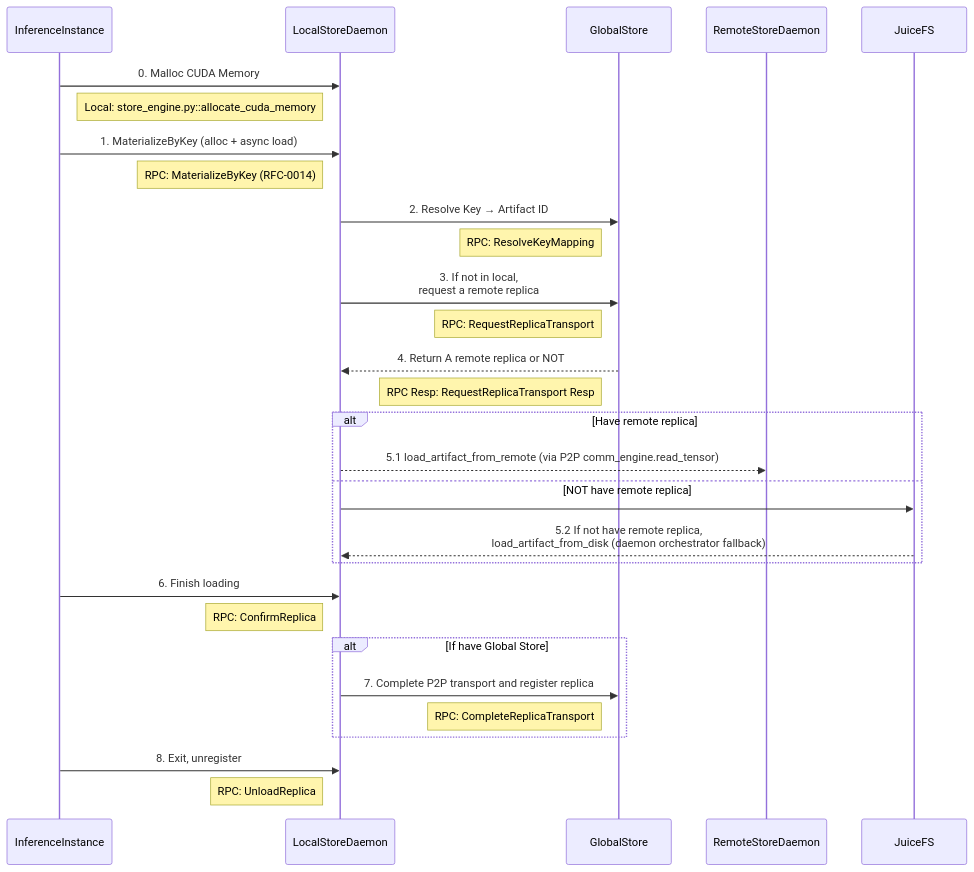
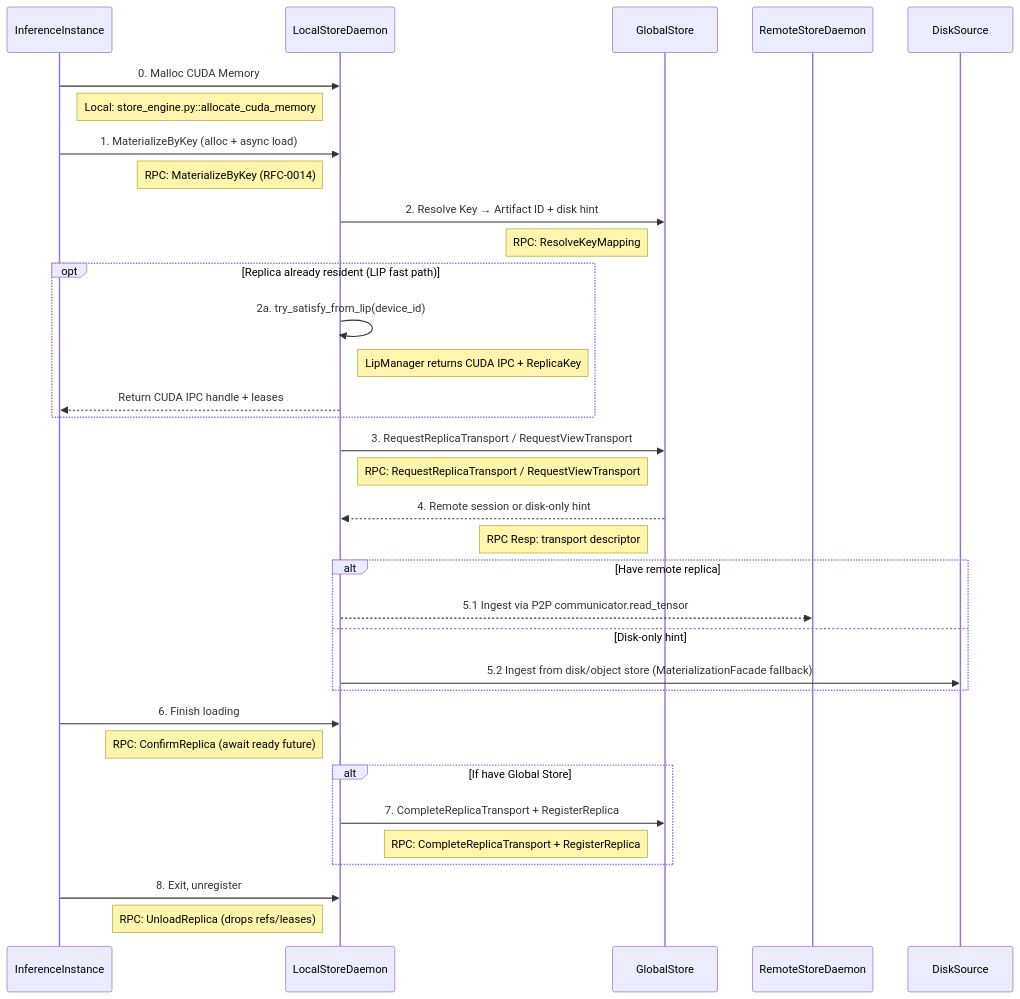
Before and after one commit to tensorcast-ai/tensorcast: the diagram in docs/internals/model-loading.md, drawn with Mermaid. The commit also changed other lines of this file and 85 other files, not shown here.

````diff
--- a/docs/internals/model-loading.md
+++ b/docs/internals/model-loading.md
@@ -36,41 +38,45 @@
 ```mermaid
 sequenceDiagram
     participant InferenceInstance
     participant LocalStoreDaemon
     participant GlobalStore
     participant RemoteStoreDaemon
-    participant JuiceFS
+    participant DiskSource
 
     InferenceInstance->>LocalStoreDaemon: 0. Malloc CUDA Memory
     Note right of InferenceInstance: Local: store_engine.py::allocate_cuda_memory
 
     InferenceInstance->>LocalStoreDaemon: 1. MaterializeByKey (alloc + async load)
     Note left of LocalStoreDaemon: RPC: MaterializeByKey (RFC‑0014)
 
-    LocalStoreDaemon->>GlobalStore: 2. Resolve Key → Artifact ID
+    LocalStoreDaemon->>GlobalStore: 2. Resolve Key → Artifact ID + disk hint
     Note left of GlobalStore: RPC: ResolveKeyMapping
 
-    LocalStoreDaemon->>GlobalStore: 3. If not in local,<br/>request a remote replica
-    Note left of GlobalStore: RPC: RequestReplicaTransport
+    opt Replica already resident (LIP fast path)
+        LocalStoreDaemon->>LocalStoreDaemon: 2a. try_satisfy_from_lip(device_id)
+        Note right of LocalStoreDaemon: LipManager returns CUDA IPC + ReplicaKey
+        LocalStoreDaemon-->>InferenceInstance: Return CUDA IPC handle + leases
+    end
 
-    GlobalStore-->>LocalStoreDaemon: 4. Return A remote replica or NOT
-    Note left of GlobalStore: RPC Resp: RequestReplicaTransport Resp
+    LocalStoreDaemon->>GlobalStore: 3. RequestReplicaTransport / RequestViewTransport
+    Note left of GlobalStore: RPC: RequestReplicaTransport / RequestViewTransport
+    GlobalStore-->>LocalStoreDaemon: 4. Remote session or disk-only hint
+    Note left of GlobalStore: RPC Resp: transport descriptor
 
     alt Have remote replica
-        LocalStoreDaemon-->>RemoteStoreDaemon: 5.1 load_artifact_from_remote (via P2P comm_engine.read_tensor)
-    else NOT have remote replica
-        LocalStoreDaemon->>JuiceFS:
-        JuiceFS-->>LocalStoreDaemon: 5.2 If not have remote replica,<br/>load_artifact_from_disk (daemon orchestrator fallback)
+        LocalStoreDaemon-->>RemoteStoreDaemon: 5.1 Ingest via P2P communicator.read_tensor
+    else Disk-only hint
+        LocalStoreDaemon->>DiskSource: 5.2 Ingest from disk/object store (MaterializationFacade fallback)
     end
 
     InferenceInstance->>LocalStoreDaemon: 6. Finish loading
-    Note left of LocalStoreDaemon: RPC: ConfirmReplica
+    Note left of LocalStoreDaemon: RPC: ConfirmReplica (await ready future)
 
     alt If have Global Store
-        LocalStoreDaemon->>GlobalStore: 7. Complete P2P transport and register replica
-        Note left of GlobalStore: RPC: CompleteReplicaTransport
+        LocalStoreDaemon->>GlobalStore: 7. CompleteReplicaTransport + RegisterReplica
+        Note left of GlobalStore: RPC: CompleteReplicaTransport + RegisterReplica
     end
 
     InferenceInstance->>LocalStoreDaemon: 8. Exit, unregister
-    Note left of LocalStoreDaemon: RPC: UnloadReplica
+    Note left of LocalStoreDaemon: RPC: UnloadReplica (drops refs/leases)
 ```
````
